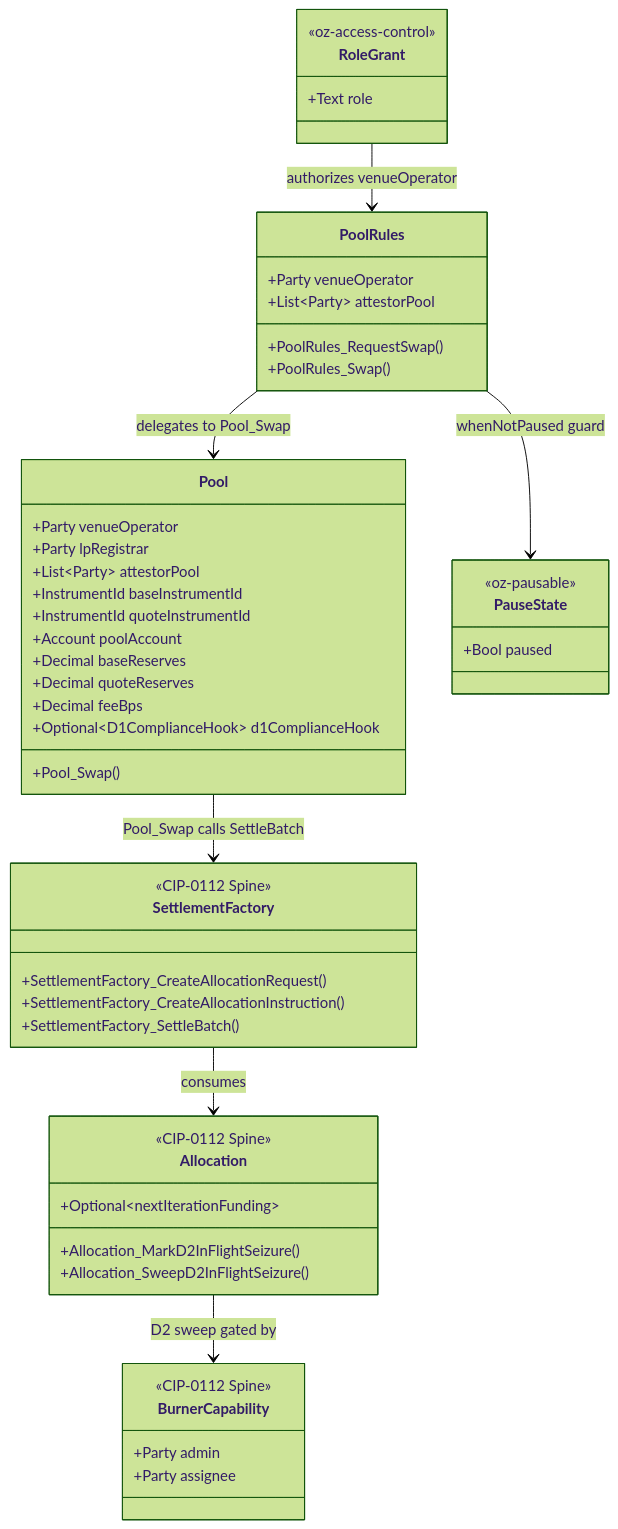
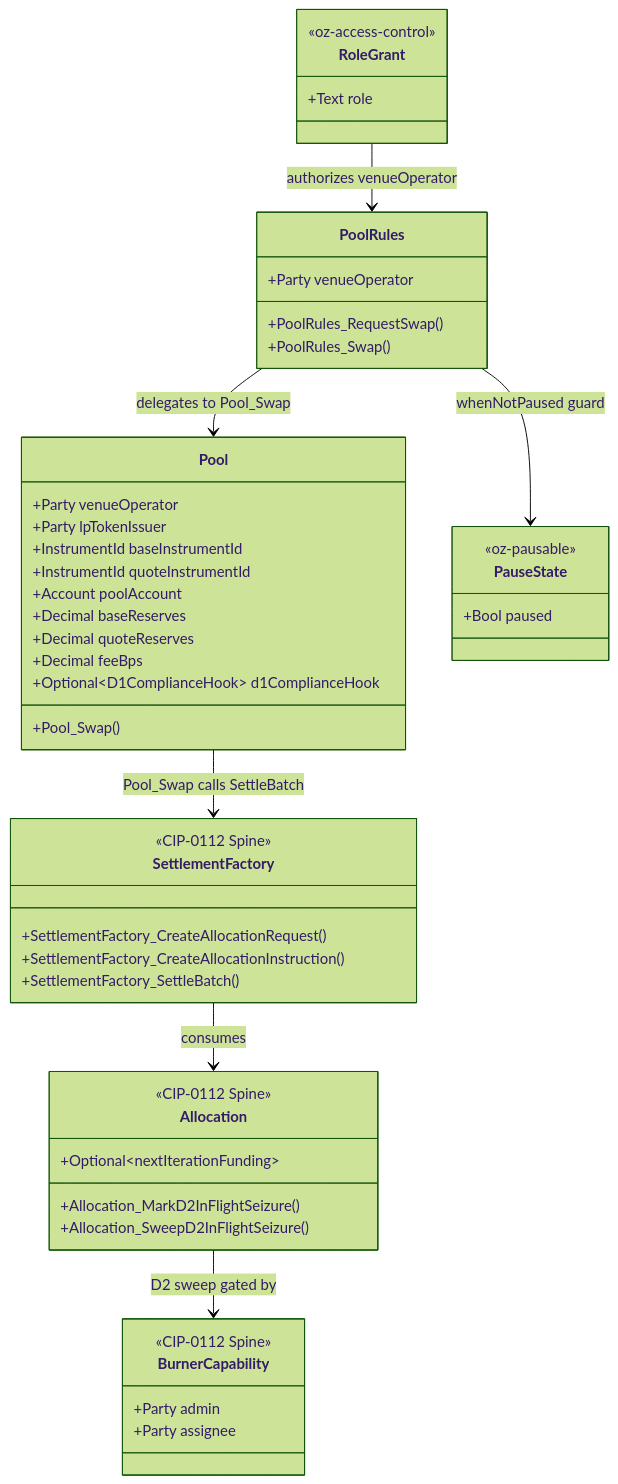
The first of 2 diagrams in docs/ri-reports/01-dex.md (OpenZeppelin/canton-specs), drawn with Mermaid (forest theme) before and after one commit. The commit also changed other lines of this file, not shown here.

Commit message:
Major update: Clarified roles. Simplified settlement spine flow description and added sections for minting and burning. Further removed redundancies.

````diff
--- a/docs/ri-reports/01-dex.md
+++ b/docs/ri-reports/01-dex.md
@@ -618,54 +504,52 @@
 ```mermaid
 classDiagram
     class Pool {
         +Party venueOperator
-        +Party lpRegistrar
-        +List~Party~ attestorPool
+        +Party lpTokenIssuer
         +InstrumentId baseInstrumentId
         +InstrumentId quoteInstrumentId
         +Account poolAccount
         +Decimal baseReserves
         +Decimal quoteReserves
         +Decimal feeBps
         +Optional~D1ComplianceHook~ d1ComplianceHook
         +Pool_Swap()
     }
     class PoolRules {
         +Party venueOperator
-        +List~Party~ attestorPool
         +PoolRules_RequestSwap()
         +PoolRules_Swap()
     }
     class SettlementFactory {
         <<CIP-0112 Spine>>
         +SettlementFactory_CreateAllocationRequest()
         +SettlementFactory_CreateAllocationInstruction()
         +SettlementFactory_SettleBatch()
     }
     class Allocation {
         <<CIP-0112 Spine>>
         +Optional~nextIterationFunding~
         +Allocation_MarkD2InFlightSeizure()
         +Allocation_SweepD2InFlightSeizure()
     }
     class BurnerCapability {
         <<CIP-0112 Spine>>
         +Party admin
         +Party assignee
     }
     class RoleGrant {
         <<oz-access-control>>
         +Text role
     }
     class PauseState {
         <<oz-pausable>>
         +Bool paused
     }
 
     PoolRules --> Pool : delegates to Pool_Swap
     Pool --> SettlementFactory : Pool_Swap calls SettleBatch
     PoolRules --> PauseState : whenNotPaused guard
     SettlementFactory --> Allocation : consumes
     Allocation --> BurnerCapability : D2 sweep gated by
     RoleGrant --> PoolRules : authorizes venueOperator
 ```
````
